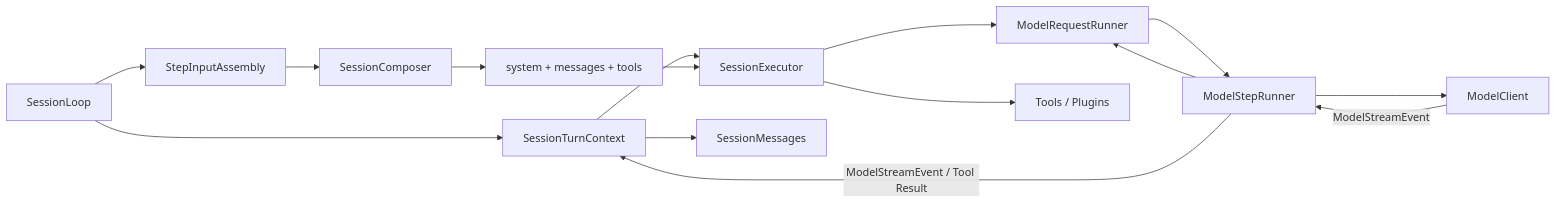
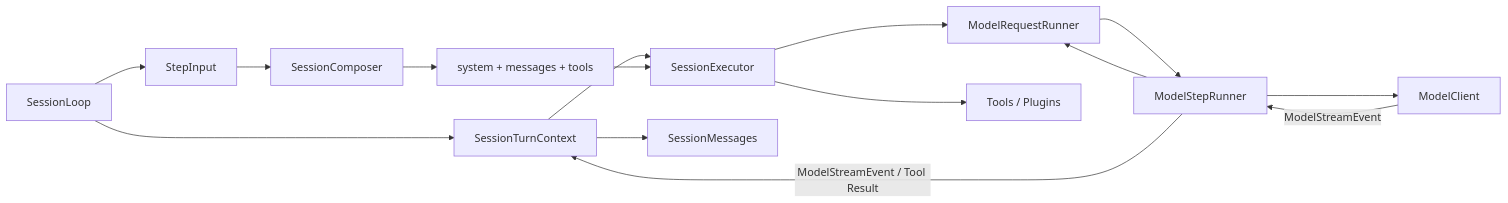
One commit to genesiscosmos/downcity changed the diagram in packages/agent/src/model/README.md. Above: the diagram before and after it, drawn with Mermaid. The commit also changed other lines of this file and 20 other files, not shown here.

First line of the commit message:
refactor(session): 输入装配收敛为 StepInput，重试归入执行器

````diff
--- a/packages/agent/src/model/README.md
+++ b/packages/agent/src/model/README.md
@@ -19,17 +19,17 @@
 ```mermaid
 flowchart LR
     Loop["SessionLoop"] --> Context["SessionTurnContext"]
-    Loop --> Assembly["StepInputAssembly"]
+    Loop --> Assembly["StepInput"]
     Assembly --> Composer["SessionComposer"]
     Composer --> Input["system + messages + tools"]
     Context --> Executor["SessionExecutor"]
     Input --> Executor
     Executor --> Request["ModelRequestRunner"]
     Request --> Step["ModelStepRunner"]
     Step --> Model["ModelClient"]
     Executor --> Tools["Tools / Plugins"]
     Model -->|"ModelStreamEvent"| Step
     Step --> Request
     Step -->|"ModelStreamEvent / Tool Result"| Context
     Context --> Messages["SessionMessages"]
 ```
````
